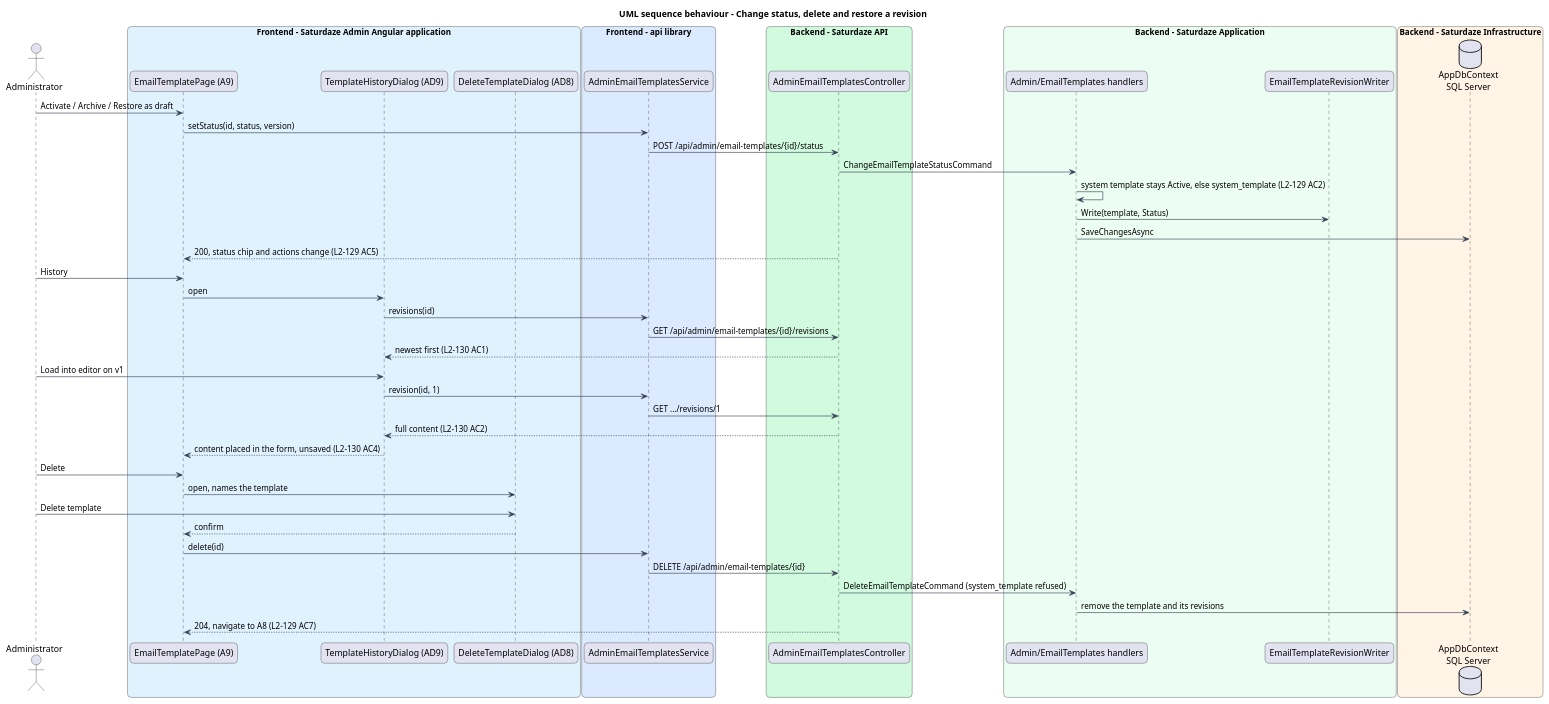
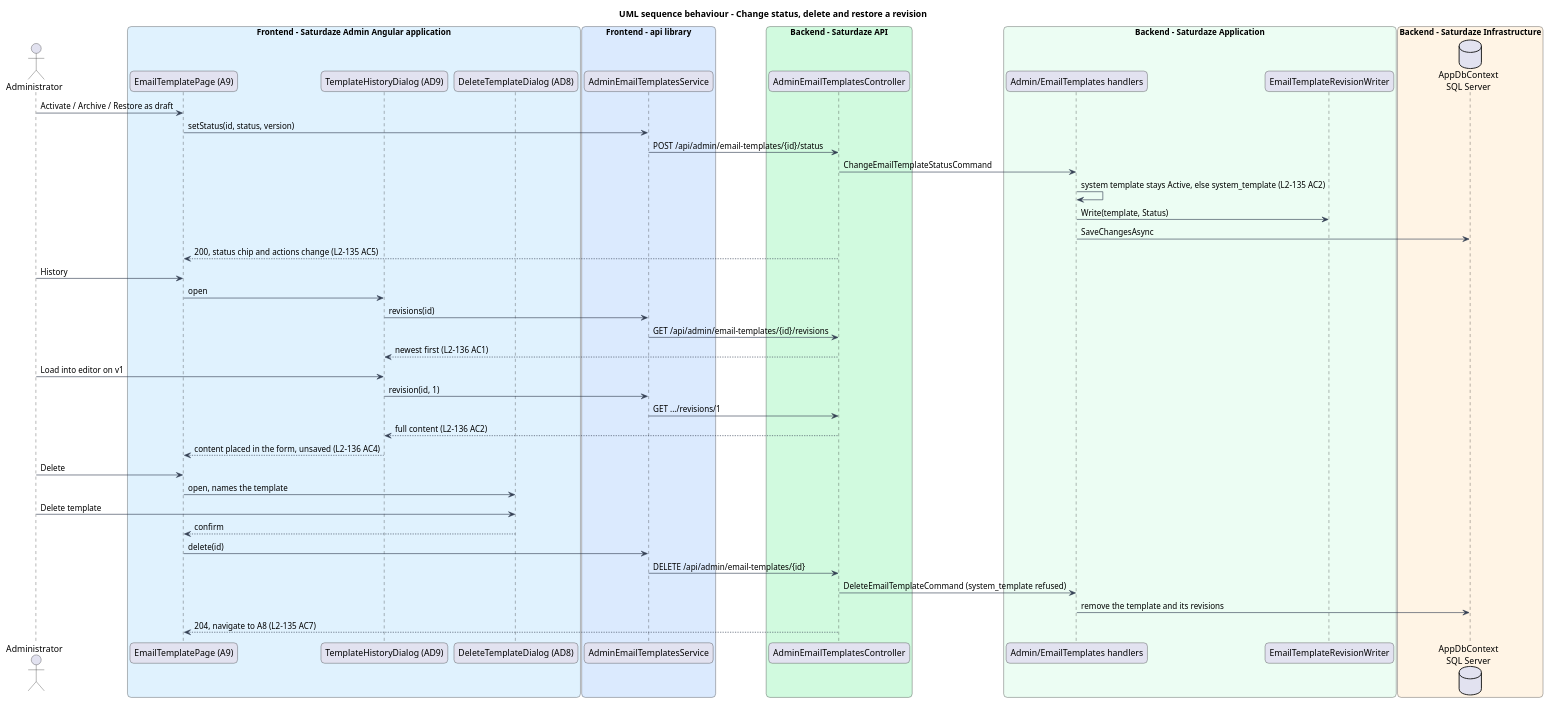
The diagram in docs/detailed-designs/administration/manage-email-templates/diagrams/sequence-lifecycle-history.puml (QuinntyneBrown/saturdaze), drawn with PlantUML before and after one commit. The commit also changed 100 other files, not shown here.

```diff
--- a/docs/detailed-designs/administration/manage-email-templates/diagrams/sequence-lifecycle-history.puml
+++ b/docs/detailed-designs/administration/manage-email-templates/diagrams/sequence-lifecycle-history.puml
@@ -1,54 +1,54 @@
 @startuml
 title UML sequence behaviour - Change status, delete and restore a revision
 skinparam backgroundColor #FFFFFF
 skinparam shadowing false
 skinparam roundcorner 12
 skinparam defaultFontName Arial
 skinparam ArrowColor #344054
 actor "Administrator" as actor
 box "Frontend - Saturdaze Admin Angular application" #E0F2FE
  participant "EmailTemplatePage (A9)" as page
  participant "TemplateHistoryDialog (AD9)" as history
  participant "DeleteTemplateDialog (AD8)" as remove
 end box
 box "Frontend - api library" #DBEAFE
  participant "AdminEmailTemplatesService" as client
 end box
 box "Backend - Saturdaze API" #D1FADF
  participant "AdminEmailTemplatesController" as controller
 end box
 box "Backend - Saturdaze Application" #ECFDF3
  participant "Admin/EmailTemplates handlers" as handlers
  participant "EmailTemplateRevisionWriter" as revisions
 end box
 box "Backend - Saturdaze Infrastructure" #FFF4E5
  database "AppDbContext\nSQL Server" as db
 end box
 actor -> page : Activate / Archive / Restore as draft
 page -> client : setStatus(id, status, version)
 client -> controller : POST /api/admin/email-templates/{id}/status
 controller -> handlers : ChangeEmailTemplateStatusCommand
-handlers -> handlers : system template stays Active, else system_template (L2-129 AC2)
+handlers -> handlers : system template stays Active, else system_template (L2-135 AC2)
 handlers -> revisions : Write(template, Status)
 handlers -> db : SaveChangesAsync
-controller --> page : 200, status chip and actions change (L2-129 AC5)
+controller --> page : 200, status chip and actions change (L2-135 AC5)
 actor -> page : History
 page -> history : open
 history -> client : revisions(id)
 client -> controller : GET /api/admin/email-templates/{id}/revisions
-controller --> history : newest first (L2-130 AC1)
+controller --> history : newest first (L2-136 AC1)
 actor -> history : Load into editor on v1
 history -> client : revision(id, 1)
 client -> controller : GET .../revisions/1
-controller --> history : full content (L2-130 AC2)
-history --> page : content placed in the form, unsaved (L2-130 AC4)
+controller --> history : full content (L2-136 AC2)
+history --> page : content placed in the form, unsaved (L2-136 AC4)
 actor -> page : Delete
 page -> remove : open, names the template
 actor -> remove : Delete template
 remove --> page : confirm
 page -> client : delete(id)
 client -> controller : DELETE /api/admin/email-templates/{id}
 controller -> handlers : DeleteEmailTemplateCommand (system_template refused)
 handlers -> db : remove the template and its revisions
-controller --> page : 204, navigate to A8 (L2-129 AC7)
+controller --> page : 204, navigate to A8 (L2-135 AC7)
 @enduml
```
